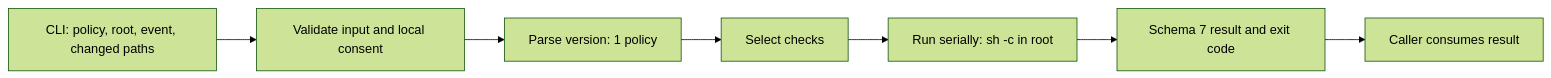
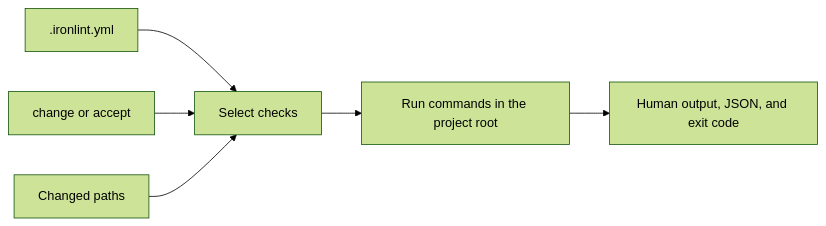
One commit to ironlint/ironlint changed the diagram in docs/architecture.md. Above: the diagram before and after it, drawn with Mermaid (forest theme). The commit also changed other lines of this file and 179 other files, not shown here.

````diff
--- a/docs/architecture.md
+++ b/docs/architecture.md
@@ -13,9 +7,8 @@
 ```mermaid
 flowchart LR
-    Input["CLI: policy, root, event, changed paths"] --> CLI["Validate input and local consent"]
-    CLI --> Parse["Parse version: 1 policy"]
-    Parse --> Select["Select checks"]
-    Select --> Run["Run serially: sh -c in root"]
-    Run --> Verdict["Schema 7 result and exit code"]
-    Verdict --> Caller["Caller consumes result"]
+    Policy[".ironlint.yml"] --> Select["Select checks"]
+    Event["change or accept"] --> Select
+    Paths["Changed paths"] --> Select
+    Select --> Run["Run commands in the project root"]
+    Run --> Result["Human output, JSON, and exit code"]
 ```
````
